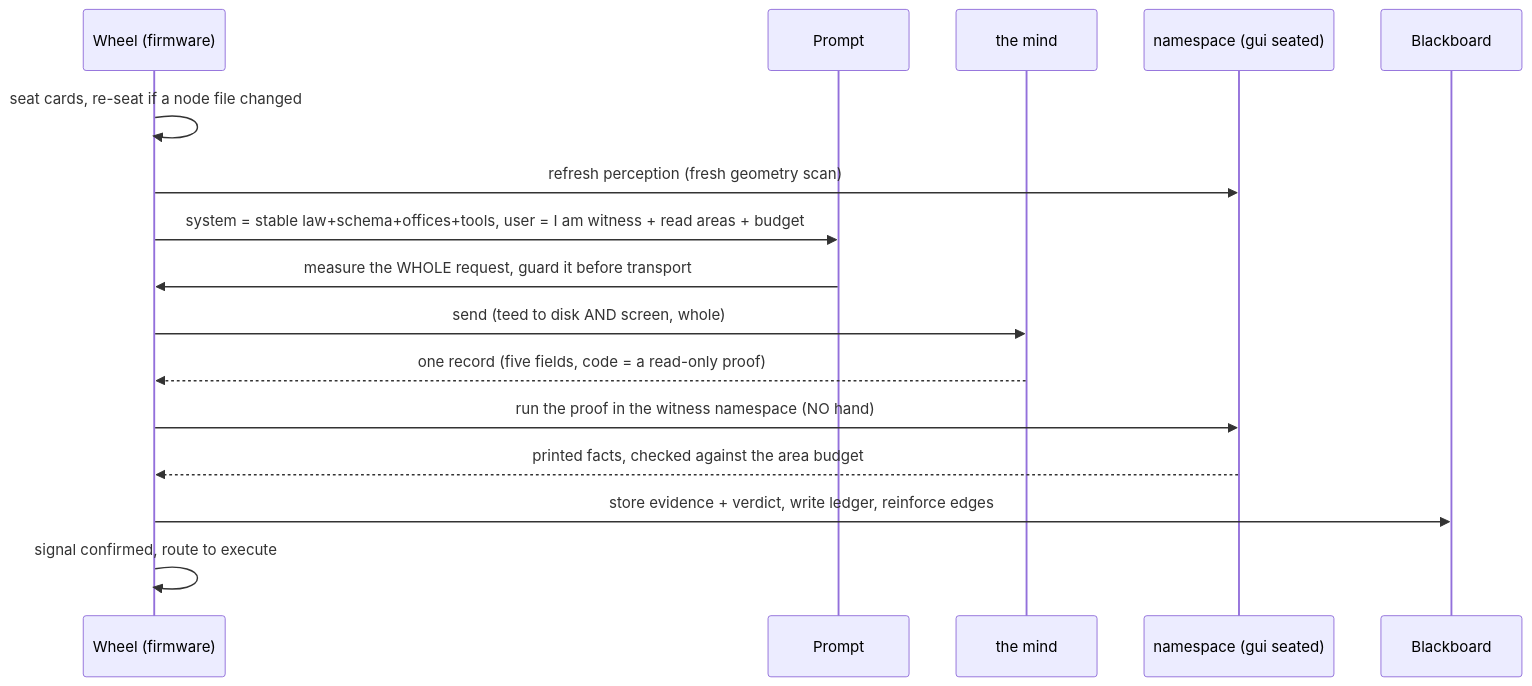
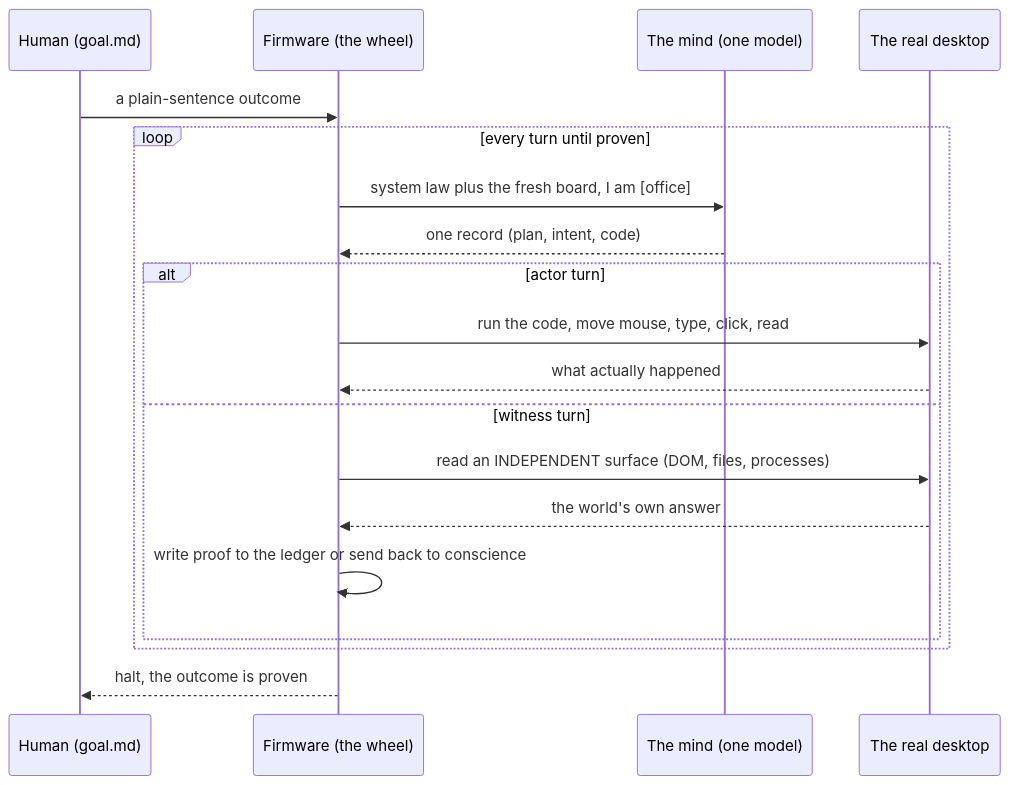
The second of 3 diagrams in README.md (wgabrys88/endgame-ai), drawn with Mermaid before and after one commit. The commit also changed other lines of this file, not shown here.

````diff
--- a/README.md
+++ b/README.md
@@ -379,18 +107,21 @@
 ```mermaid
 sequenceDiagram
-    participant W as Wheel (firmware)
-    participant P as Prompt
-    participant M as the mind
-    participant N as namespace (gui seated)
-    participant B as Blackboard
-    W->>W: seat cards, re-seat if a node file changed
-    W->>N: refresh perception (fresh geometry scan)
-    W->>P: system = stable law+schema+offices+tools, user = I am witness + read areas + budget
-    P->>W: measure the WHOLE request, guard it before transport
-    W->>M: send (teed to disk AND screen, whole)
-    M-->>W: one record (five fields, code = a read-only proof)
-    W->>N: run the proof in the witness namespace (NO hand)
-    N-->>W: printed facts, checked against the area budget
-    W->>B: store evidence + verdict, write ledger, reinforce edges
-    W->>W: signal confirmed, route to execute
+    participant H as Human (goal.md)
+    participant K as Firmware (the wheel)
+    participant M as The mind (one model)
+    participant D as The real desktop
+    H->>K: a plain-sentence outcome
+    loop every turn until proven
+        K->>M: system law plus the fresh board, I am [office]
+        M-->>K: one record (plan, intent, code)
+        alt actor turn
+            K->>D: run the code, move mouse, type, click, read
+            D-->>K: what actually happened
+        else witness turn
+            K->>D: read an INDEPENDENT surface (DOM, files, processes)
+            D-->>K: the world's own answer
+            K->>K: write proof to the ledger or send back to conscience
+        end
+    end
+    K-->>H: halt, the outcome is proven
 ```
````
